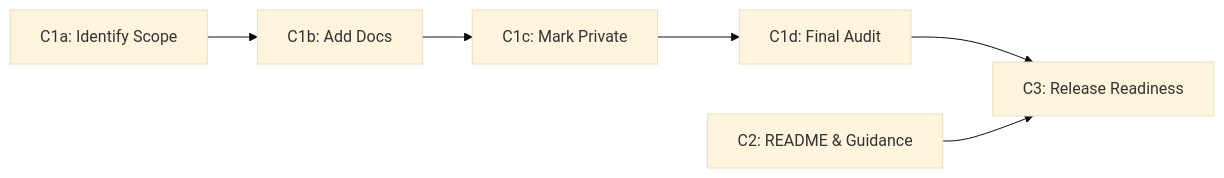
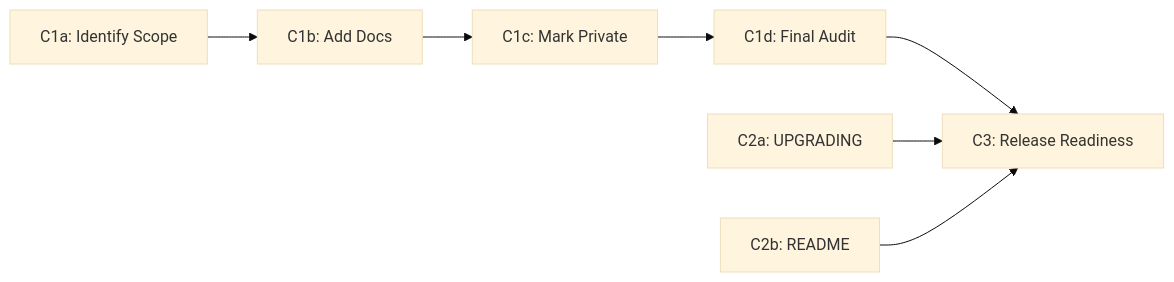
Before and after one commit to ruby-git/ruby-git: the diagram in redesign/Phase 4 - Step C.md, drawn with Mermaid (base theme). The commit also changed other lines of this file, not shown here.

````diff
--- a/redesign/Phase 4 - Step C.md
+++ b/redesign/Phase 4 - Step C.md
@@ -75,15 +84,17 @@
 ```mermaid
 graph LR
     C1a["C1a: Identify Scope"]
     C1b["C1b: Add Docs"]
     C1c["C1c: Mark Private"]
     C1d["C1d: Final Audit"]
-    C2["C2: README & Guidance"]
+    C2a["C2a: UPGRADING"]
+    C2b["C2b: README"]
     C3["C3: Release Readiness"]
 
     C1a --> C1b
     C1b --> C1c
     C1c --> C1d
     C1d --> C3
-    C2 --> C3
+    C2a --> C3
+    C2b --> C3
 ```
````
